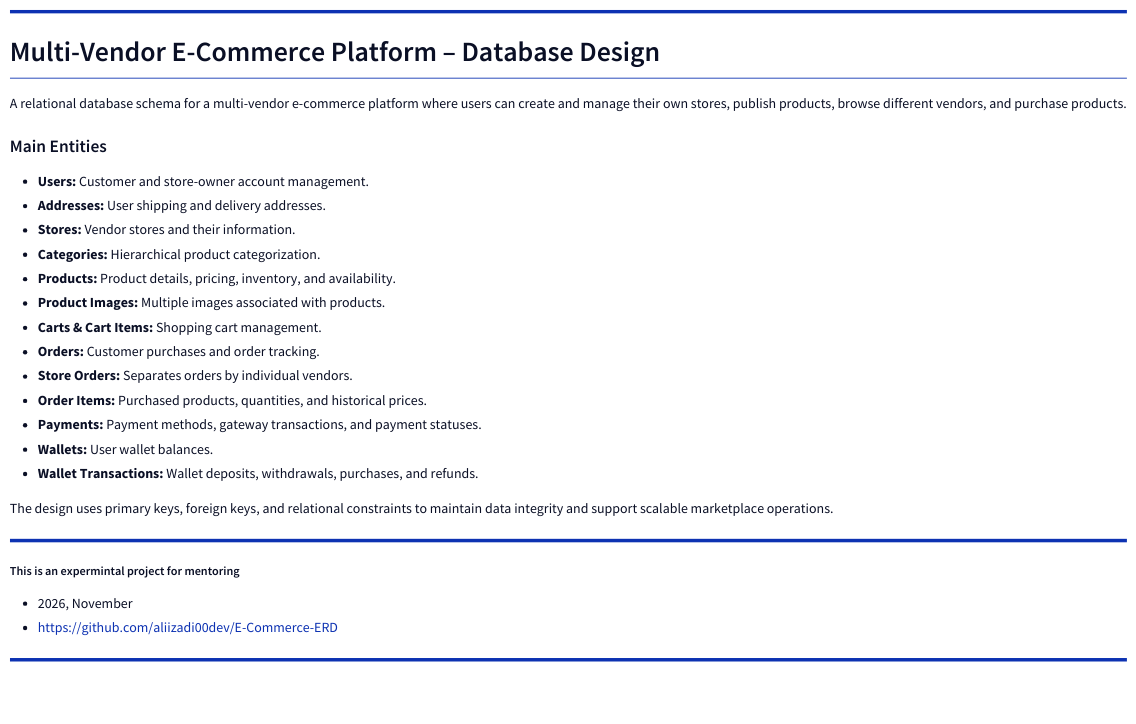
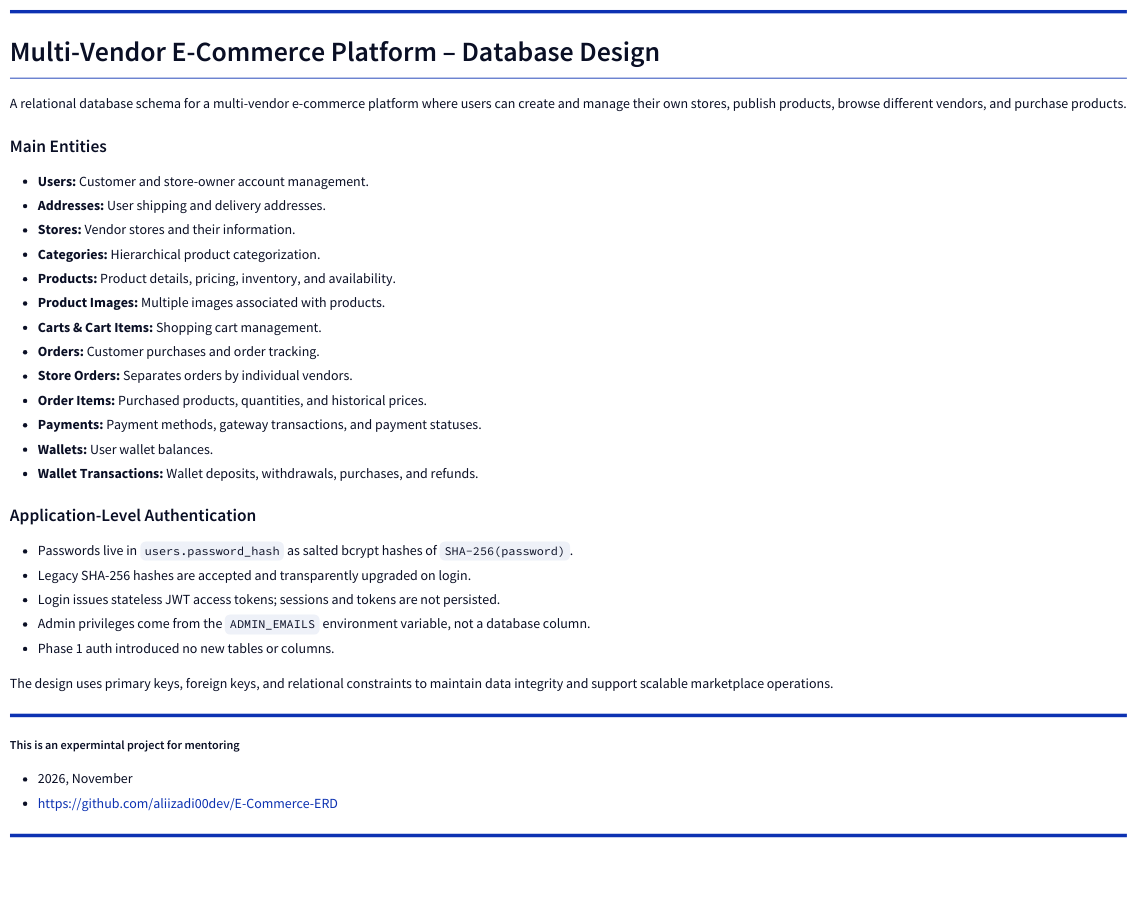
The diagram in footnote.d2 (aliizadi00dev/E-Commerce-ERD), drawn with D2 before and after one commit. The commit also changed 3 other files, not shown here.

```diff
--- a/footnote.d2
+++ b/footnote.d2
@@ -1,30 +1,38 @@
 footnote: |md
   ----
   # Multi-Vendor E-Commerce Platform – Database Design
 
   A relational database schema for a multi-vendor e-commerce platform where users can create and manage their own stores, publish products, browse different vendors, and purchase products.
 
   ### Main Entities
 
   - **Users:** Customer and store-owner account management.
   - **Addresses:** User shipping and delivery addresses.
   - **Stores:** Vendor stores and their information.
   - **Categories:** Hierarchical product categorization.
   - **Products:** Product details, pricing, inventory, and availability.
   - **Product Images:** Multiple images associated with products.
   - **Carts & Cart Items:** Shopping cart management.
   - **Orders:** Customer purchases and order tracking.
   - **Store Orders:** Separates orders by individual vendors.
   - **Order Items:** Purchased products, quantities, and historical prices.
   - **Payments:** Payment methods, gateway transactions, and payment statuses.
   - **Wallets:** User wallet balances.
   - **Wallet Transactions:** Wallet deposits, withdrawals, purchases, and refunds.
 
+  ### Application-Level Authentication
+
+  - Passwords live in `users.password_hash` as salted bcrypt hashes of `SHA-256(password)`.
+  - Legacy SHA-256 hashes are accepted and transparently upgraded on login.
+  - Login issues stateless JWT access tokens; sessions and tokens are not persisted.
+  - Admin privileges come from the `ADMIN_EMAILS` environment variable, not a database column.
+  - Phase 1 auth introduced no new tables or columns.
+
   The design uses primary keys, foreign keys, and relational constraints to maintain data integrity and support scalable marketplace operations.
 
   ----
   ##### This is an expermintal project for mentoring
   - 2026, November
   - [https://github.com/aliizadi00dev/E-Commerce-ERD](https://github.com/aliizadi00dev/E-Commerce-ERD)
   ----
 |
```
